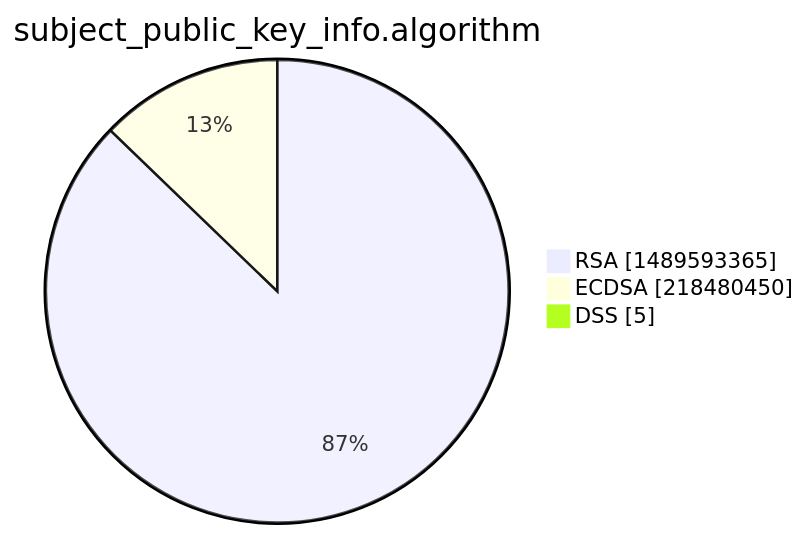
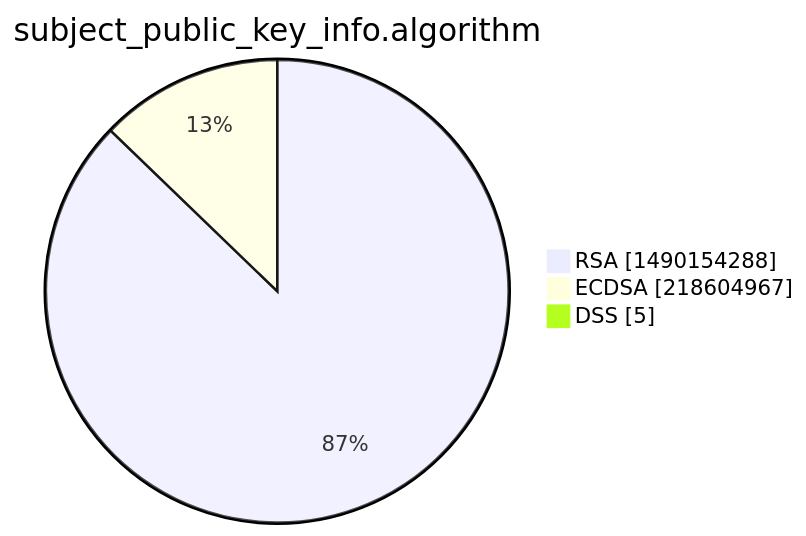
The third of 15 diagrams in xenon2022/README.md (christiankrug/ctmonitor_visualization), drawn with Mermaid before and after one commit. The commit also changed other lines of this file, not shown here.

````diff
--- a/xenon2022/README.md
+++ b/xenon2022/README.md
@@ -14,7 +14,7 @@
 ```mermaid
 pie showData
 title subject_public_key_info.algorithm
-"RSA" :1489593365
-"ECDSA" :218480450
+"RSA" :1490154288
+"ECDSA" :218604967
 "DSS" :5
 ```
````
